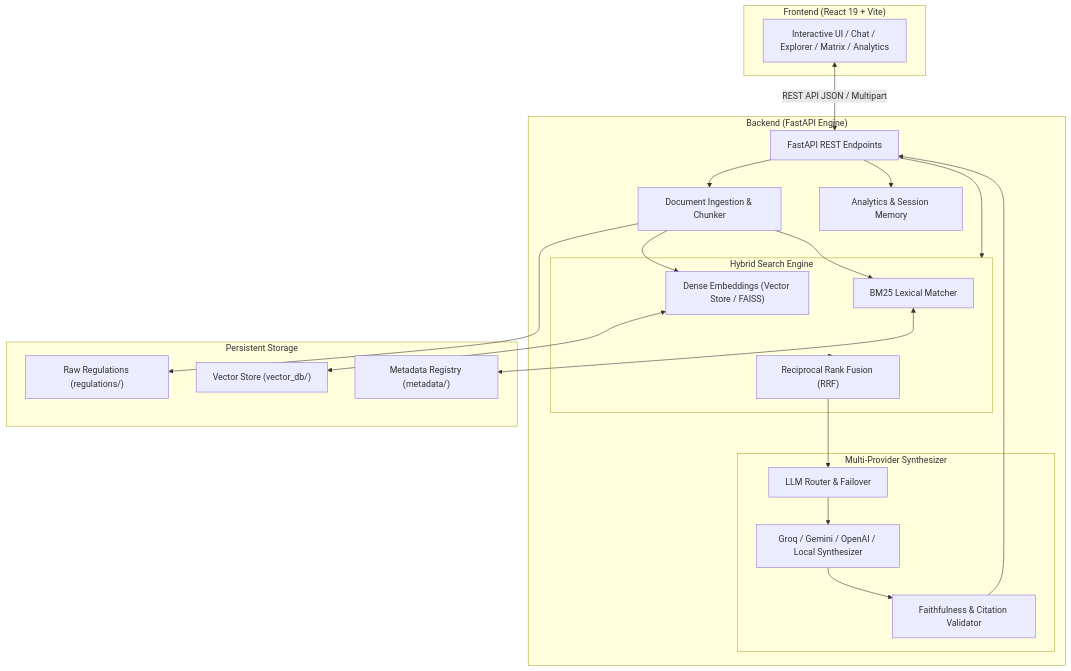
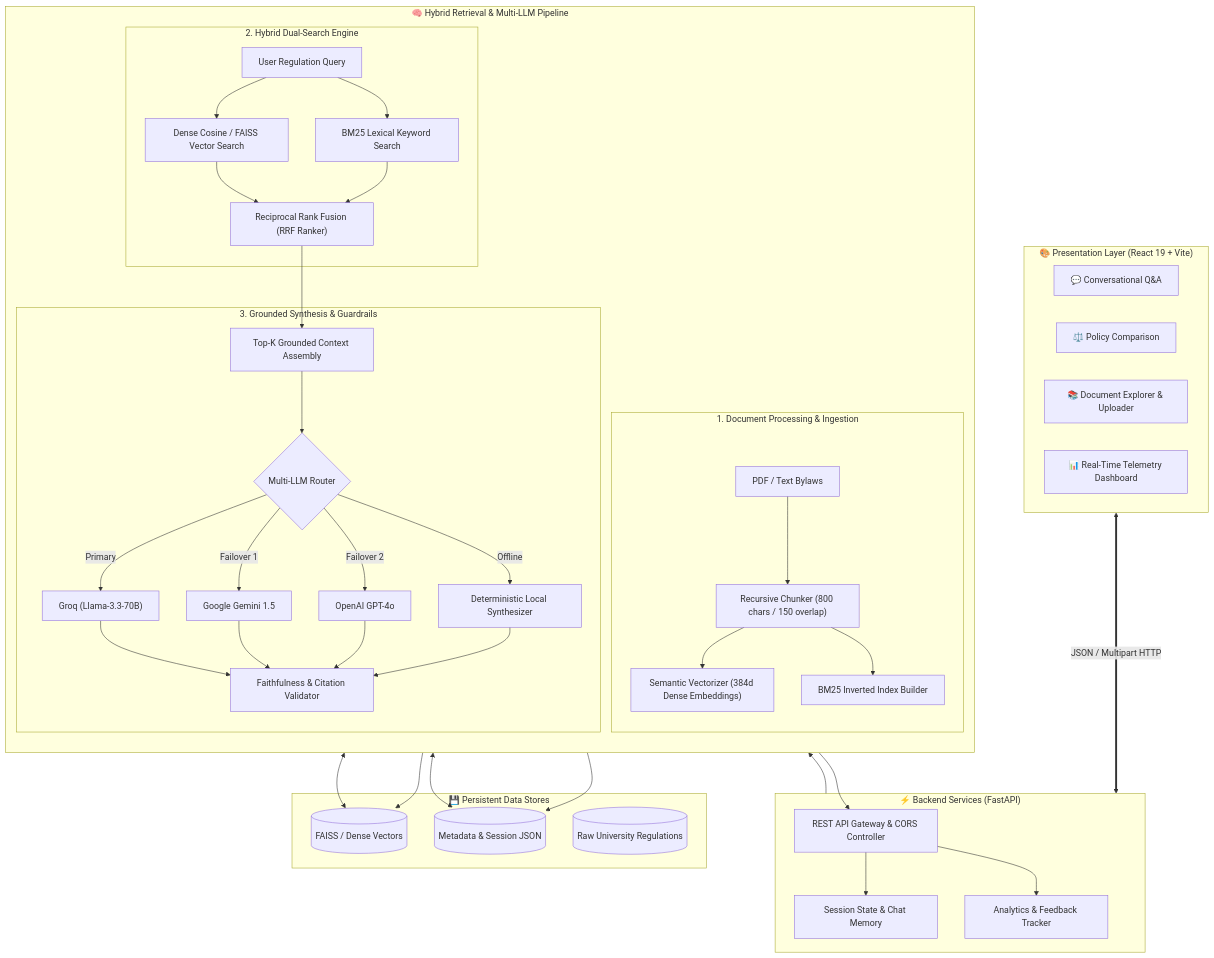
The diagram in README.md (Bhanupavankumar/University_Regulation_RAG_Assistant), drawn with Mermaid before and after one commit. The commit also changed other lines of this file, not shown here.

Commit message:
docs: enrich README with executive summary, module breakdowns, hybrid RAG workflow, sample queries, and technical deep-dive

````diff
--- a/README.md
+++ b/README.md
@@ -68,46 +70,57 @@
 ```mermaid
 flowchart TD
-    subgraph Client["Frontend (React 19 + Vite)"]
-        UI["Interactive UI / Chat / Explorer / Matrix / Analytics"]
+    subgraph UI_Layer["🎨 Presentation Layer (React 19 + Vite)"]
+        Chat["💬 Conversational Q&A"]
+        Matrix["⚖️ Policy Comparison"]
+        Explorer["📚 Document Explorer & Uploader"]
+        Analytics["📊 Real-Time Telemetry Dashboard"]
     end
 
-    subgraph Backend["Backend (FastAPI Engine)"]
-        API["FastAPI REST Endpoints"]
-        Ingest["Document Ingestion & Chunker"]
-        
-        subgraph Retrieval["Hybrid Search Engine"]
-            Dense["Dense Embeddings (Vector Store / FAISS)"]
-            Sparse["BM25 Lexical Matcher"]
-            RRF["Reciprocal Rank Fusion (RRF)"]
-        end
-        
-        subgraph Synthesis["Multi-Provider Synthesizer"]
-            Router["LLM Router & Failover"]
-            LLMs["Groq / Gemini / OpenAI / Local Synthesizer"]
-            Faith["Faithfulness & Citation Validator"]
-        end
-        
-        Analytics["Analytics & Session Memory"]
+    subgraph API_Layer["⚡ Backend Services (FastAPI)"]
+        Router["REST API Gateway & CORS Controller"]
+        Sessions["Session State & Chat Memory"]
+        Telemetry["Analytics & Feedback Tracker"]
     end
 
-    subgraph Storage["Persistent Storage"]
-        VecDB["Vector Store (vector_db/)"]
-        MetaDB["Metadata Registry (metadata/)"]
-        Docs["Raw Regulations (regulations/)"]
+    subgraph RAG_Engine["🧠 Hybrid Retrieval & Multi-LLM Pipeline"]
+        direction TB
+        Input["User Regulation Query"]
+        
+        subgraph Ingestion["1. Document Processing & Ingestion"]
+            PDF["PDF / Text Bylaws"] --> Chunker["Recursive Chunker (800 chars / 150 overlap)"]
+            Chunker --> Embedder["Semantic Vectorizer (384d Dense Embeddings)"]
+            Chunker --> Lexical["BM25 Inverted Index Builder"]
+        end
+
+        subgraph Search["2. Hybrid Dual-Search Engine"]
+            Input --> DenseSearch["Dense Cosine / FAISS Vector Search"]
+            Input --> SparseSearch["BM25 Lexical Keyword Search"]
+            DenseSearch & SparseSearch --> RRF["Reciprocal Rank Fusion (RRF Ranker)"]
+        end
+
+        subgraph Synthesis["3. Grounded Synthesis & Guardrails"]
+            RRF --> Context["Top-K Grounded Context Assembly"]
+            Context --> LLMRouter{"Multi-LLM Router"}
+            LLMRouter -->|Primary| Groq["Groq (Llama-3.3-70B)"]
+            LLMRouter -->|Failover 1| Gemini["Google Gemini 1.5"]
+            LLMRouter -->|Failover 2| OpenAI["OpenAI GPT-4o"]
+            LLMRouter -->|Offline| Local["Deterministic Local Synthesizer"]
+            Groq & Gemini & OpenAI & Local --> Verifier["Faithfulness & Citation Validator"]
+        end
     end
 
-    UI <-->|REST API JSON / Multipart| API
-    API --> Ingest
-    Ingest --> Docs
-    Ingest --> Dense
-    Ingest --> Sparse
-    API --> Retrieval
-    Dense <--> VecDB
-    Sparse <--> MetaDB
-    Retrieval --> RRF
-    RRF --> Router
-    Router --> LLMs
-    LLMs --> Faith
-    Faith --> API
-    API --> Analytics
+    subgraph Storage_Layer["💾 Persistent Data Stores"]
+        VecDB[("FAISS / Dense Vectors")]
+        MetaDB[("Metadata & Session JSON")]
+        DocsDB[("Raw University Regulations")]
+    end
+
+    UI_Layer <==>|JSON / Multipart HTTP| API_Layer
+    API_Layer --> Input
+    Embedder --> VecDB
+    Lexical --> MetaDB
+    DenseSearch <--> VecDB
+    SparseSearch <--> MetaDB
+    Verifier --> Router
+    Router --> Sessions & Telemetry
 ```
````
